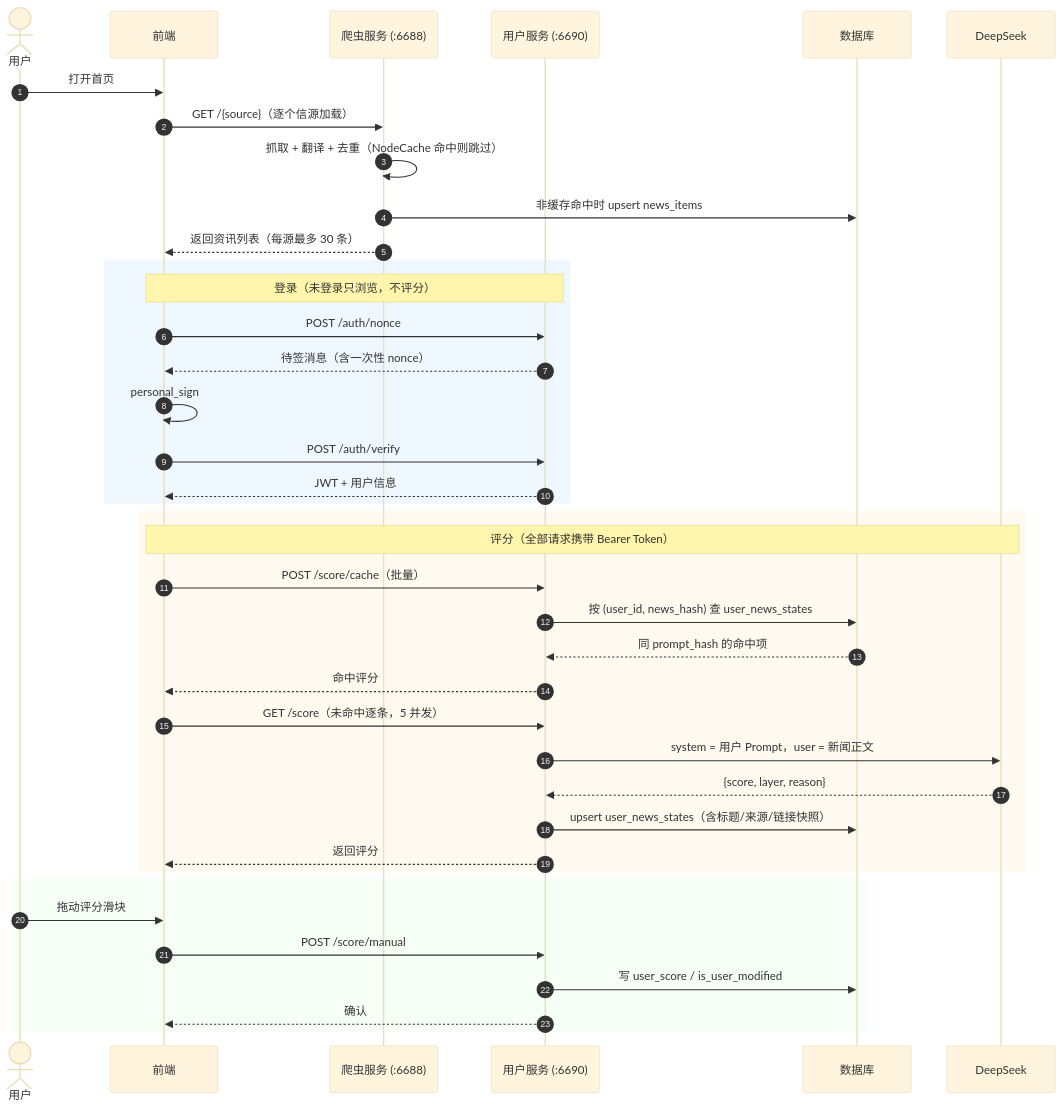
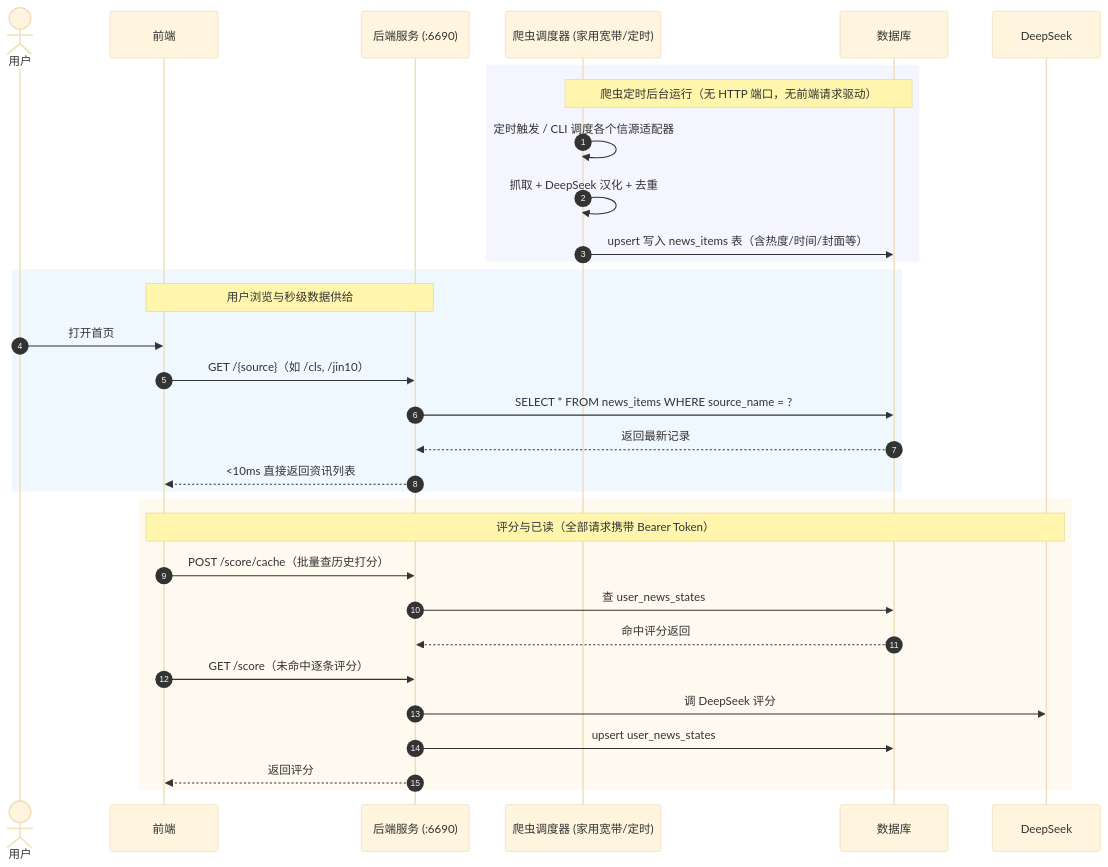
Before and after one commit to g39088902/dailyforyou: the second of 2 diagrams in AGENTS.md, drawn with Mermaid (base theme). The commit also changed other lines of this file and 45 other files, not shown here.

````diff
--- a/AGENTS.md
+++ b/AGENTS.md
@@ -107,45 +110,37 @@
 ```mermaid
 sequenceDiagram
     autonumber
     actor User as 用户
     participant Front as 前端
-    participant Crawler as 爬虫服务 (:6688)
-    participant UserSvc as 用户服务 (:6690)
+    participant UserSvc as 后端服务 (:6690)
+    participant Crawler as 爬虫调度器 (家用宽带/定时)
     participant DB as 数据库
     participant LLM as DeepSeek
 
-    User->>Front: 打开首页
-    Front->>Crawler: GET /{source}（逐个信源加载）
-    Crawler->>Crawler: 抓取 + 翻译 + 去重（NodeCache 命中则跳过）
-    Crawler->>DB: 非缓存命中时 upsert news_items
-    Crawler-->>Front: 返回资讯列表（每源最多 30 条）
+    rect rgb(245, 245, 255)
+    Note over Crawler,DB: 爬虫定时后台运行（无 HTTP 端口，无前端请求驱动）
+    Crawler->>Crawler: 定时触发 / CLI 调度各个信源适配器
+    Crawler->>Crawler: 抓取 + DeepSeek 汉化 + 去重
+    Crawler->>DB: upsert 写入 news_items 表（含热度/时间/封面等）
+    end
 
     rect rgb(240, 248, 255)
-    Note over Front,UserSvc: 登录（未登录只浏览，不评分）
-    Front->>UserSvc: POST /auth/nonce
-    UserSvc-->>Front: 待签消息（含一次性 nonce）
-    Front->>Front: personal_sign
-    Front->>UserSvc: POST /auth/verify
-    UserSvc-->>Front: JWT + 用户信息
+    Note over Front,UserSvc: 用户浏览与秒级数据供给
+    User->>Front: 打开首页
+    Front->>UserSvc: GET /{source}（如 /cls, /jin10）
+    UserSvc->>DB: SELECT * FROM news_items WHERE source_name = ?
+    DB-->>UserSvc: 返回最新记录
+    UserSvc-->>Front: <10ms 直接返回资讯列表
     end
 
     rect rgb(255, 250, 240)
-    Note over Front,LLM: 评分（全部请求携带 Bearer Token）
-    Front->>UserSvc: POST /score/cache（批量）
-    UserSvc->>DB: 按 (user_id, news_hash) 查 user_news_states
-    DB-->>UserSvc: 同 prompt_hash 的命中项
-    UserSvc-->>Front: 命中评分
-    Front->>UserSvc: GET /score（未命中逐条，5 并发）
-    UserSvc->>LLM: system = 用户 Prompt，user = 新闻正文
-    LLM-->>UserSvc: {score, layer, reason}
-    UserSvc->>DB: upsert user_news_states（含标题/来源/链接快照）
+    Note over Front,LLM: 评分与已读（全部请求携带 Bearer Token）
+    Front->>UserSvc: POST /score/cache（批量查历史打分）
+    UserSvc->>DB: 查 user_news_states
+    DB-->>UserSvc: 命中评分返回
+    Front->>UserSvc: GET /score（未命中逐条评分）
+    UserSvc->>LLM: 调 DeepSeek 评分
+    UserSvc->>DB: upsert user_news_states
     UserSvc-->>Front: 返回评分
     end
-
-    rect rgb(245, 255, 245)
-    User->>Front: 拖动评分滑块
-    Front->>UserSvc: POST /score/manual
-    UserSvc->>DB: 写 user_score / is_user_modified
-    UserSvc-->>Front: 确认
-    end
 ```
````
